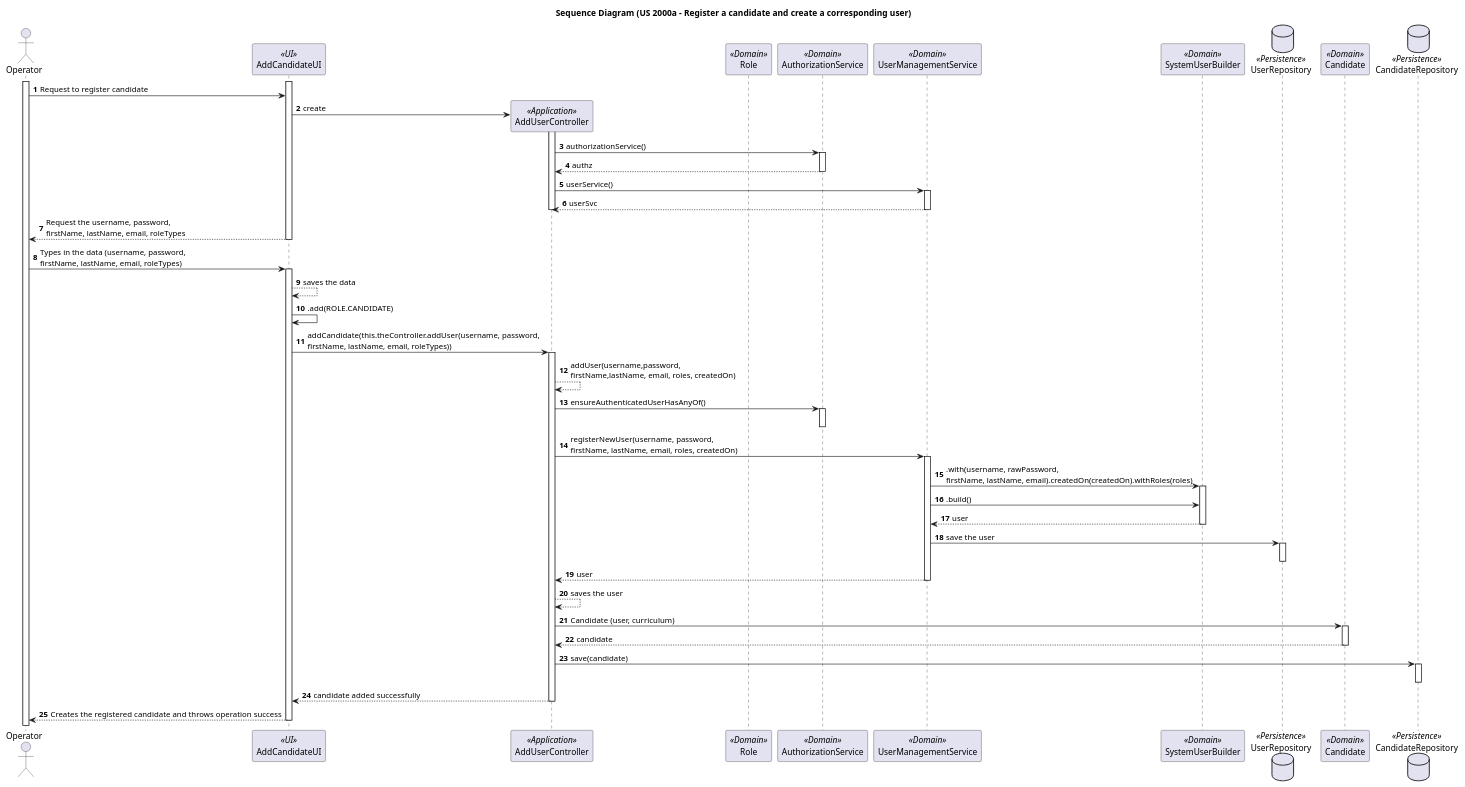
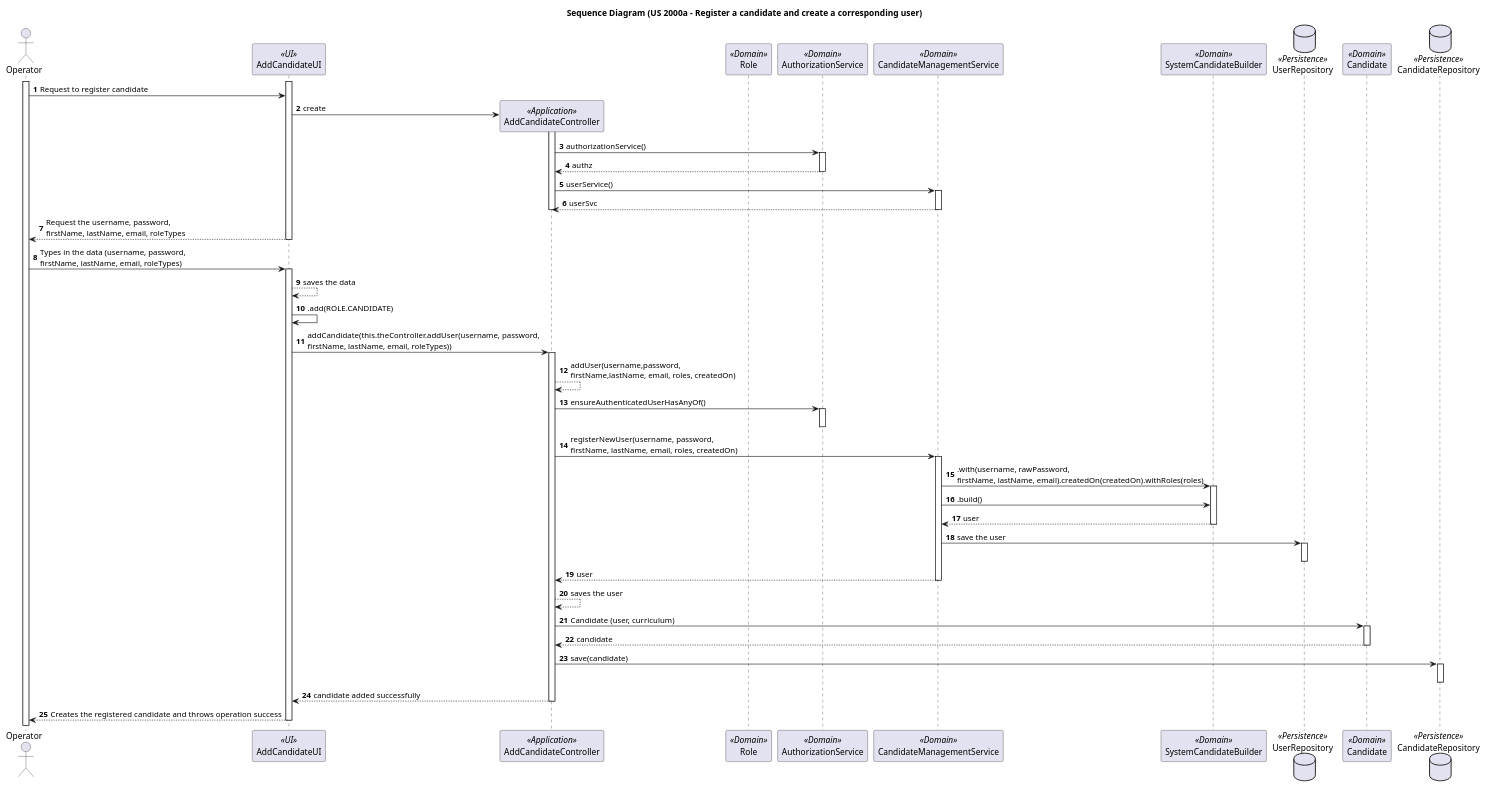
The diagram in docs/sprintB/2000a/puml/2000a-sequence-diagram.puml (marcoferreira37/Lapr4), drawn with PlantUML before and after one commit. The commit also changed 4 other files, not shown here.

```diff
--- a/docs/sprintB/2000a/puml/2000a-sequence-diagram.puml
+++ b/docs/sprintB/2000a/puml/2000a-sequence-diagram.puml
@@ -1,69 +1,69 @@
 @startuml
 title Sequence Diagram (US 2000a - Register a candidate and create a corresponding user)
 
 autonumber
 actor Operator as Operator
 participant AddCandidateUI as UI <<UI>>
-participant AddUserController as CTRL <<Application>>
+participant AddCandidateController as CTRL <<Application>>
 participant Role as Role <<Domain>>
 participant AuthorizationService as AS <<Domain>>
-participant UserManagementService as UMS <<Domain>>
-participant SystemUserBuilder as SUB <<Domain>>
+participant CandidateManagementService as UMS <<Domain>>
+participant SystemCandidateBuilder as SUB <<Domain>>
 database UserRepository as URepo <<Persistence>>
 participant Candidate as C <<Domain>>
 database CandidateRepository as CRepo <<Persistence>>
 
 
 activate Operator
 activate UI
 Operator -> UI: Request to register candidate
 
 UI -> CTRL**:create
 activate CTRL
 CTRL -> AS : authorizationService()
 activate AS
 AS --> CTRL: authz
 deactivate AS
 CTRL-> UMS : userService()
 activate UMS
 UMS-->CTRL: userSvc
 deactivate UMS
 deactivate CTRL
 UI --> Operator: Request the username, password, \nfirstName, lastName, email, roleTypes
 deactivate UI
 Operator -> UI: Types in the data (username, password, \nfirstName, lastName, email, roleTypes)
 activate UI
 UI-->UI : saves the data
 UI-> UI : .add(ROLE.CANDIDATE)
 UI-> CTRL: addCandidate(this.theController.addUser(username, password, \nfirstName, lastName, email, roleTypes))
 activate CTRL
 CTRL-->CTRL: addUser(username,password, \nfirstName,lastName, email, roles, createdOn)
 CTRL->AS : ensureAuthenticatedUserHasAnyOf()
 activate AS
 deactivate AS
 CTRL-> UMS : registerNewUser(username, password, \nfirstName, lastName, email, roles, createdOn)
 activate UMS
 UMS->SUB: .with(username, rawPassword, \nfirstName, lastName, email).createdOn(createdOn).withRoles(roles)
 activate SUB
 UMS-> SUB: .build()
 SUB--> UMS: user
 deactivate SUB
 UMS->URepo: save the user
 activate URepo
 deactivate URepo
 UMS-->CTRL: user
 deactivate UMS
 CTRL-->CTRL: saves the user
 CTRL-> C: Candidate (user, curriculum)
 activate C
 C--> CTRL: candidate
 deactivate C
 CTRL->CRepo: save(candidate)
 activate CRepo
 deactivate CRepo
 CTRL-->UI : candidate added successfully
 deactivate CTRL
 UI --> Operator: Creates the registered candidate and throws operation success
 deactivate UI
 
 @enduml
```
